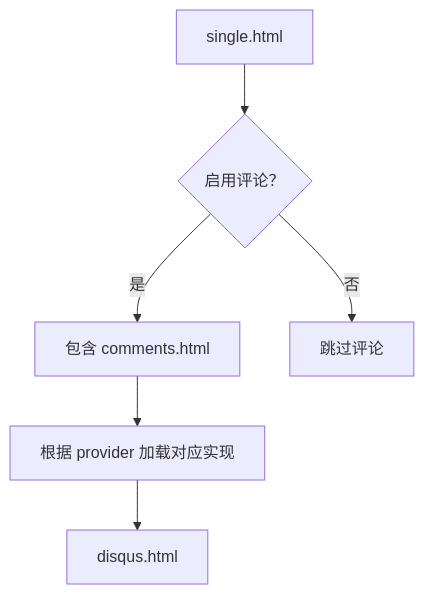
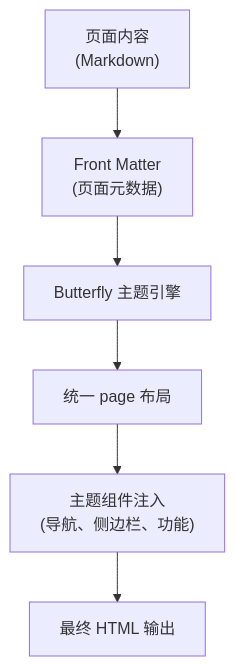
The fourth of 6 diagrams in .qoder/repowiki/zh/content/页面布局和模板系统/页面布局和模板系统.md (CoolPig0720/CoolPig0720.github.io), drawn with Mermaid before and after one commit. The commit also changed other lines of this file and 36 other files, not shown here.

````diff
--- a/.qoder/repowiki/zh/content/页面布局和模板系统/页面布局和模板系统.md
+++ b/.qoder/repowiki/zh/content/页面布局和模板系统/页面布局和模板系统.md
@@ -280,8 +158,8 @@
 ```mermaid
 flowchart TD
-A["single.html"] --> B{"启用评论？"}
-B --> |是| C["包含 comments.html"]
-C --> D["根据 provider 加载对应实现"]
-D --> E["disqus.html"]
-B --> |否| F["跳过评论"]
+A["页面内容<br/>(Markdown)"] --> B["Front Matter<br/>(页面元数据)"]
+B --> C["Butterfly 主题引擎"]
+C --> D["统一 page 布局"]
+D --> E["主题组件注入<br/>(导航、侧边栏、功能)"]
+E --> F["最终 HTML 输出"]
 ```
````
